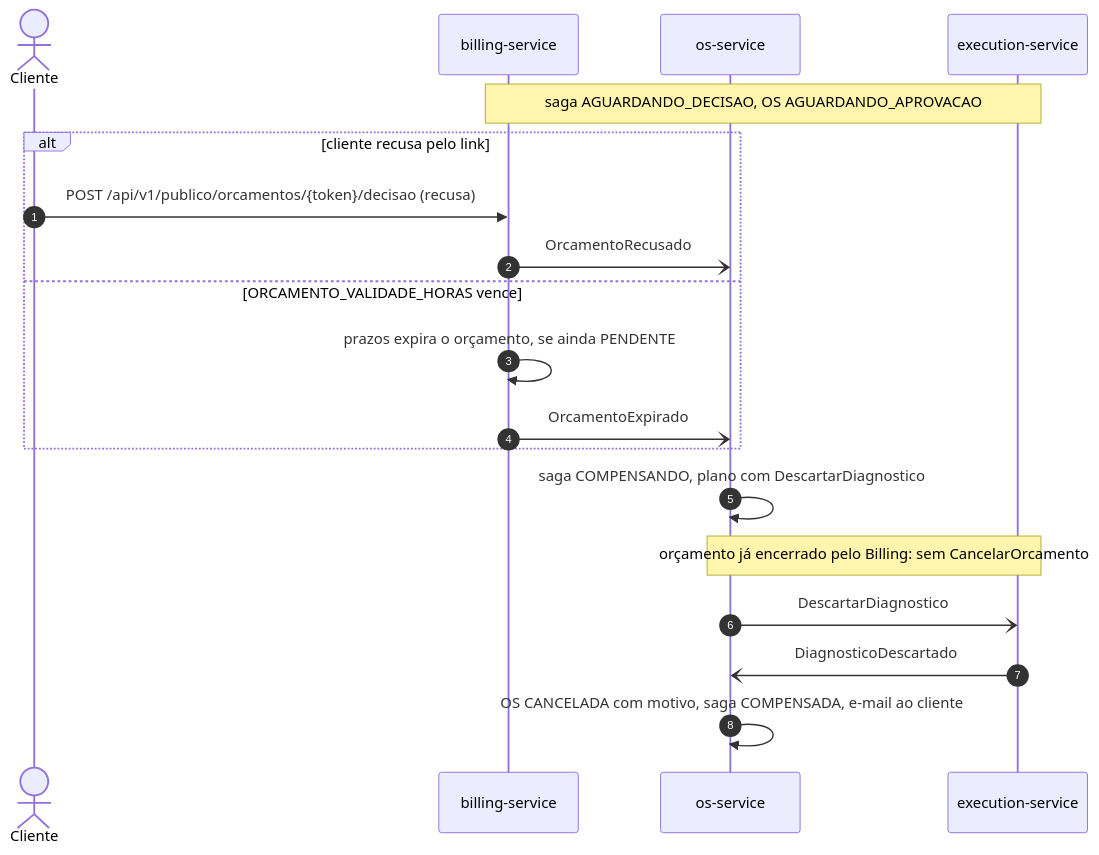
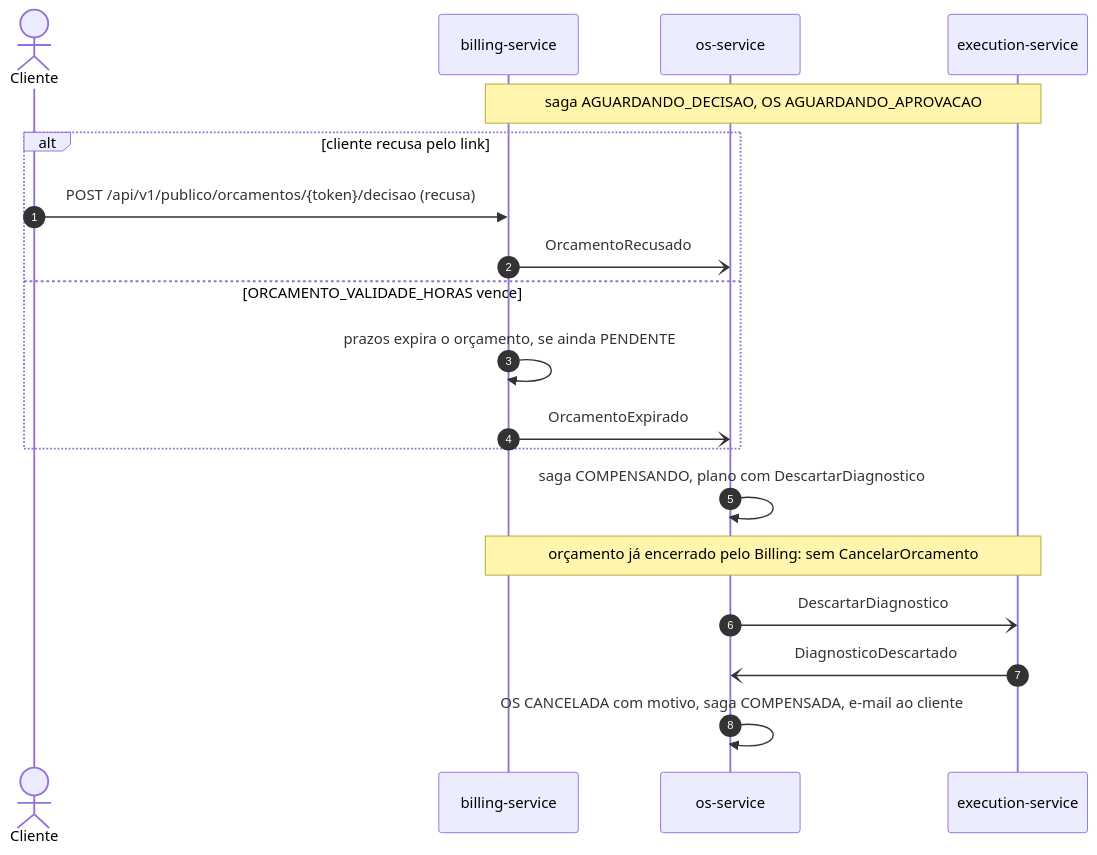
Before and after one commit to fiap-postech-sw-architecture/postech-sw-arch-p4-platform: the seventh of 14 diagrams in docs/arquitetura/rfc/fase4/rfc-004-microsservicos-saga.md, drawn with Mermaid. The commit also changed other lines of this file and 12 other files, not shown here.

````diff
--- a/docs/arquitetura/rfc/fase4/rfc-004-microsservicos-saga.md
+++ b/docs/arquitetura/rfc/fase4/rfc-004-microsservicos-saga.md
@@ -507,22 +507,22 @@
 ```mermaid
 sequenceDiagram
     autonumber
     actor CL as Cliente
     participant BI as billing-service
     participant OS as os-service
     participant EX as execution-service
 
     Note over BI,EX: saga AGUARDANDO_DECISAO, OS AGUARDANDO_APROVACAO
     alt cliente recusa pelo link
         CL->>BI: POST /api/v1/publico/orcamentos/{token}/decisao (recusa)
         BI-)OS: OrcamentoRecusado
     else ORCAMENTO_VALIDADE_HORAS vence
         BI->>BI: prazos expira o orçamento, se ainda PENDENTE
         BI-)OS: OrcamentoExpirado
     end
     OS->>OS: saga COMPENSANDO, plano com DescartarDiagnostico
-    Note over OS,EX: orçamento já encerrado pelo Billing: sem CancelarOrcamento
+    Note over BI,EX: orçamento já encerrado pelo Billing: sem CancelarOrcamento
     OS-)EX: DescartarDiagnostico
     EX-)OS: DiagnosticoDescartado
     OS->>OS: OS CANCELADA com motivo, saga COMPENSADA, e-mail ao cliente
 ```
````
